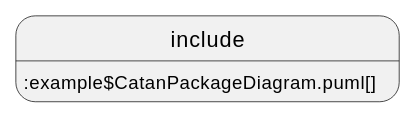
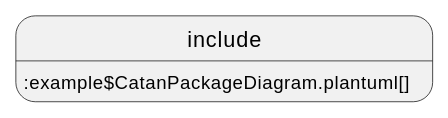
Before and after one commit to Bobinho44/PROJET_OOAD_M1: the fourth of 5 diagrams in catan-doc/modules/architecture/pages/architecture.adoc, drawn with PlantUML. The commit also changed other lines of this file and 2 other files, not shown here.

```diff
--- a/catan-doc/modules/architecture/pages/architecture.adoc
+++ b/catan-doc/modules/architecture/pages/architecture.adoc
@@ -57,4 +57,4 @@
 [plantuml]
 ----
-include::example$CatanPackageDiagram.puml[]
+include::example$CatanPackageDiagram.plantuml[]
 ----
```
